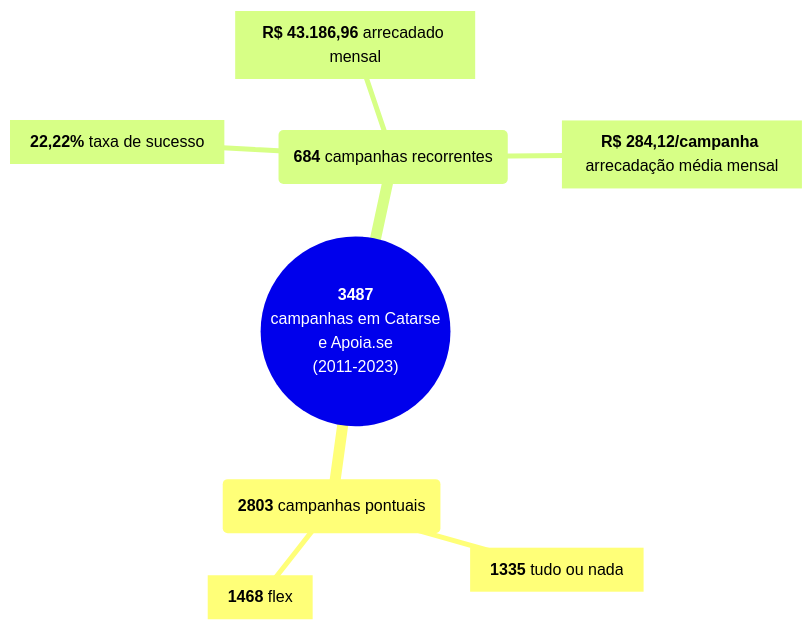
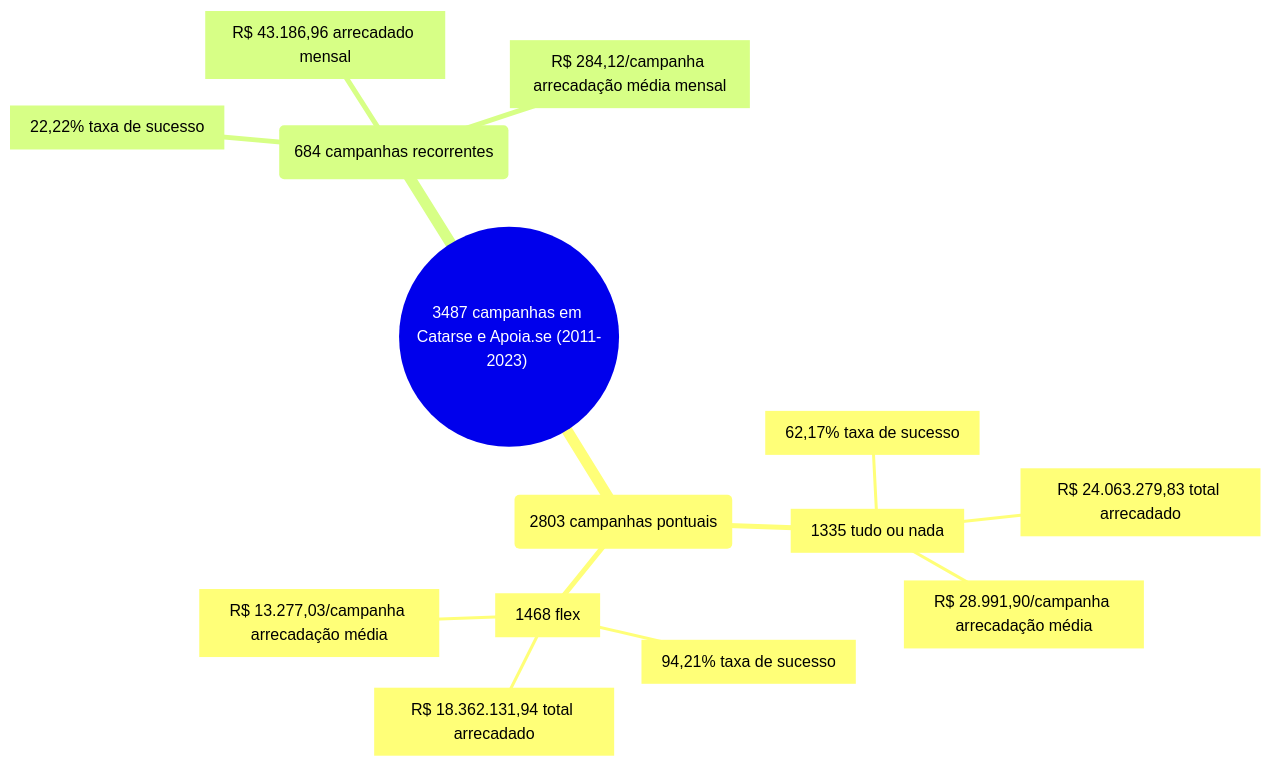
One commit to silva-erick/profico-hq changed the diagram in analises/2023/README.md. Above: the diagram before and after it, drawn with Mermaid. The commit also changed other lines of this file, not shown here.

Commit message:
novos testes de mermaid para README

````diff
--- a/analises/2023/README.md
+++ b/analises/2023/README.md
@@ -105,14 +107,17 @@
 ```mermaid
 mindmap
-  root(("**3487**
-campanhas em Catarse
-e Apoia.se
-(2011-2023) "))
-    camp_pontual("**2803** campanhas pontuais")
-        camp_pontual_tudo_ou_nada["**1335** tudo ou nada"]
-        camp_pontual_flex["**1468** flex"]
-    camp_recorrente("**684** campanhas recorrentes")
-        camp_recorrente_taxa_sucesso["**22,22%** taxa de sucesso"]
-        camp_recorrente_arr_mensal["**R$ 43.186,96** arrecadado mensal"]
-        camp_recorrente_arr_med_mensal["**R$ 284,12/campanha** arrecadação média mensal"]
+  root(("3487 campanhas em Catarse e Apoia.se (2011-2023) "))
+    camp_pontual("2803 campanhas pontuais")
+        camp_pontual_tudo_ou_nada["1335 tudo ou nada"]
+            camp_pontual_tudo_ou_nada_taxa_sucesso["62,17% taxa de sucesso"]
+            camp_pontual_tudo_ou_nada_arr["R$ 24.063.279,83 total arrecadado"]
+            camp_pontual_tudo_ou_nada_arr_med["R$ 28.991,90/campanha arrecadação média"]
+        camp_pontual_flex["1468 flex"]
+            camp_pontual_flex_taxa_sucesso["94,21% taxa de sucesso"]
+            camp_pontual_flex_arr_mensal["R$ 18.362.131,94 total arrecadado"]
+            camp_pontual_flex_arr_med_mensal["R$ 13.277,03/campanha arrecadação média"]
+    camp_recorrente("684 campanhas recorrentes")
+        camp_recorrente_taxa_sucesso["22,22% taxa de sucesso"]
+        camp_recorrente_arr_mensal["R$ 43.186,96 arrecadado mensal"]
+        camp_recorrente_arr_med_mensal["R$ 284,12/campanha arrecadação média mensal"]
 ```
````
